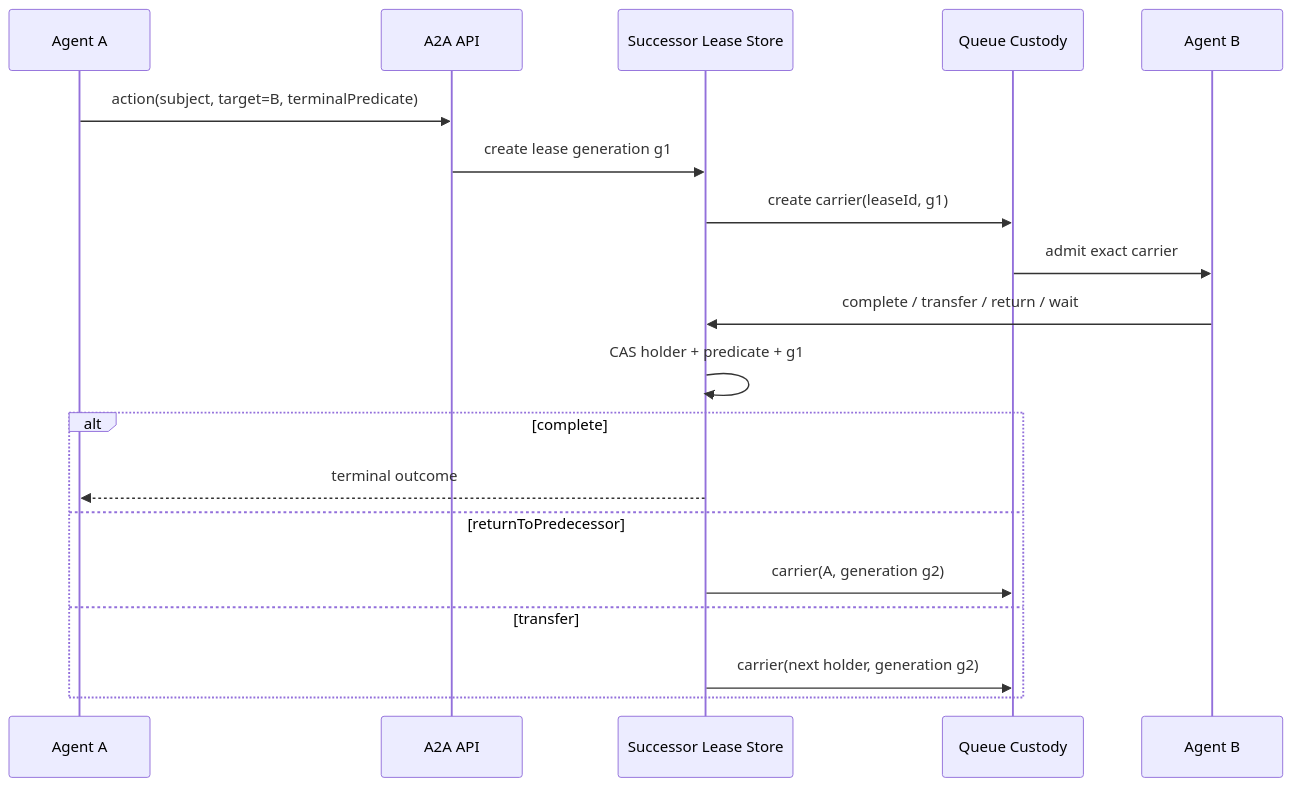
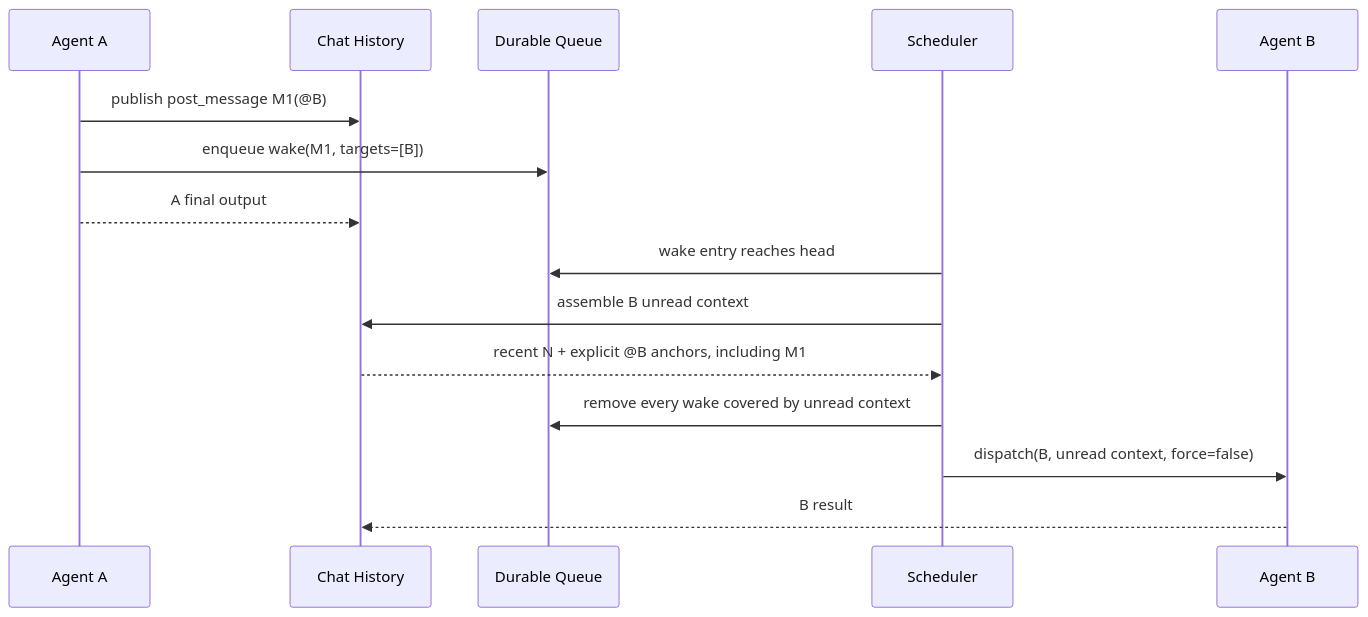
The third of 4 diagrams in docs/architecture/message-delivery-handling-handoff-audit.md (zts212653/clowder-ai), drawn with Mermaid before and after one commit. The commit also changed other lines of this file, not shown here.

First line of the commit message:
docs: simplify A2A lifecycle architecture

````diff
--- a/docs/architecture/message-delivery-handling-handoff-audit.md
+++ b/docs/architecture/message-delivery-handling-handoff-audit.md
@@ -436,22 +328,18 @@
 ```mermaid
 sequenceDiagram
     participant A as Agent A
-    participant API as A2A API
-    participant L as Successor Lease Store
-    participant Q as Queue Custody
+    participant H as Chat History
+    participant Q as Durable Queue
+    participant S as Scheduler
     participant B as Agent B
 
-    A->>API: action(subject, target=B, terminalPredicate)
-    API->>L: create lease generation g1
-    L->>Q: create carrier(leaseId, g1)
-    Q->>B: admit exact carrier
-    B->>L: complete / transfer / return / wait
-    L->>L: CAS holder + predicate + g1
-    alt complete
-        L-->>A: terminal outcome
-    else returnToPredecessor
-        L->>Q: carrier(A, generation g2)
-    else transfer
-        L->>Q: carrier(next holder, generation g2)
-    end
+    A->>H: publish post_message M1(@B)
+    A->>Q: enqueue wake(M1, targets=[B])
+    A-->>H: A final output
+    S->>Q: wake entry reaches head
+    S->>H: assemble B unread context
+    H-->>S: recent N + explicit @B anchors, including M1
+    S->>Q: remove every wake covered by unread context
+    S->>B: dispatch(B, unread context, force=false)
+    B-->>H: B result
 ```
````
